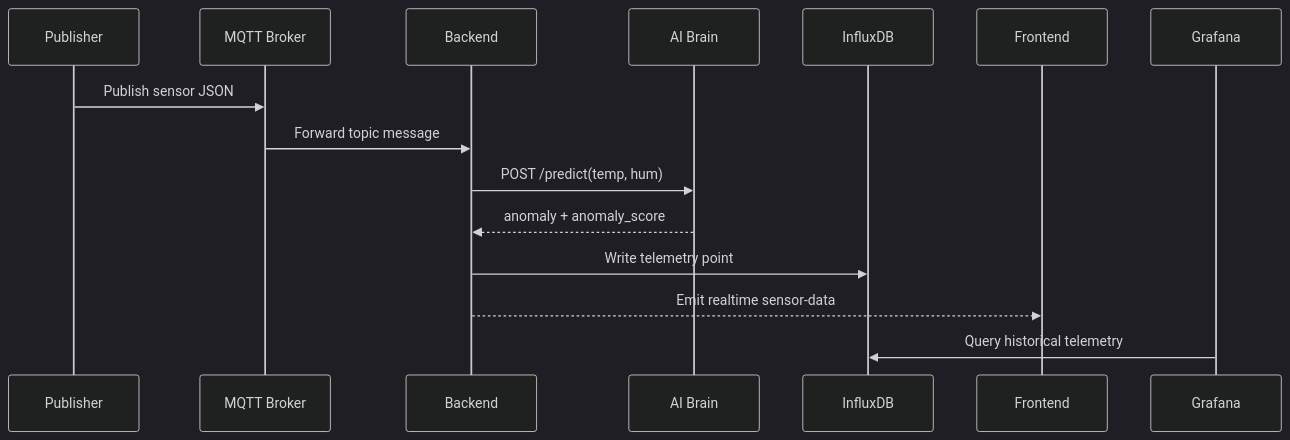
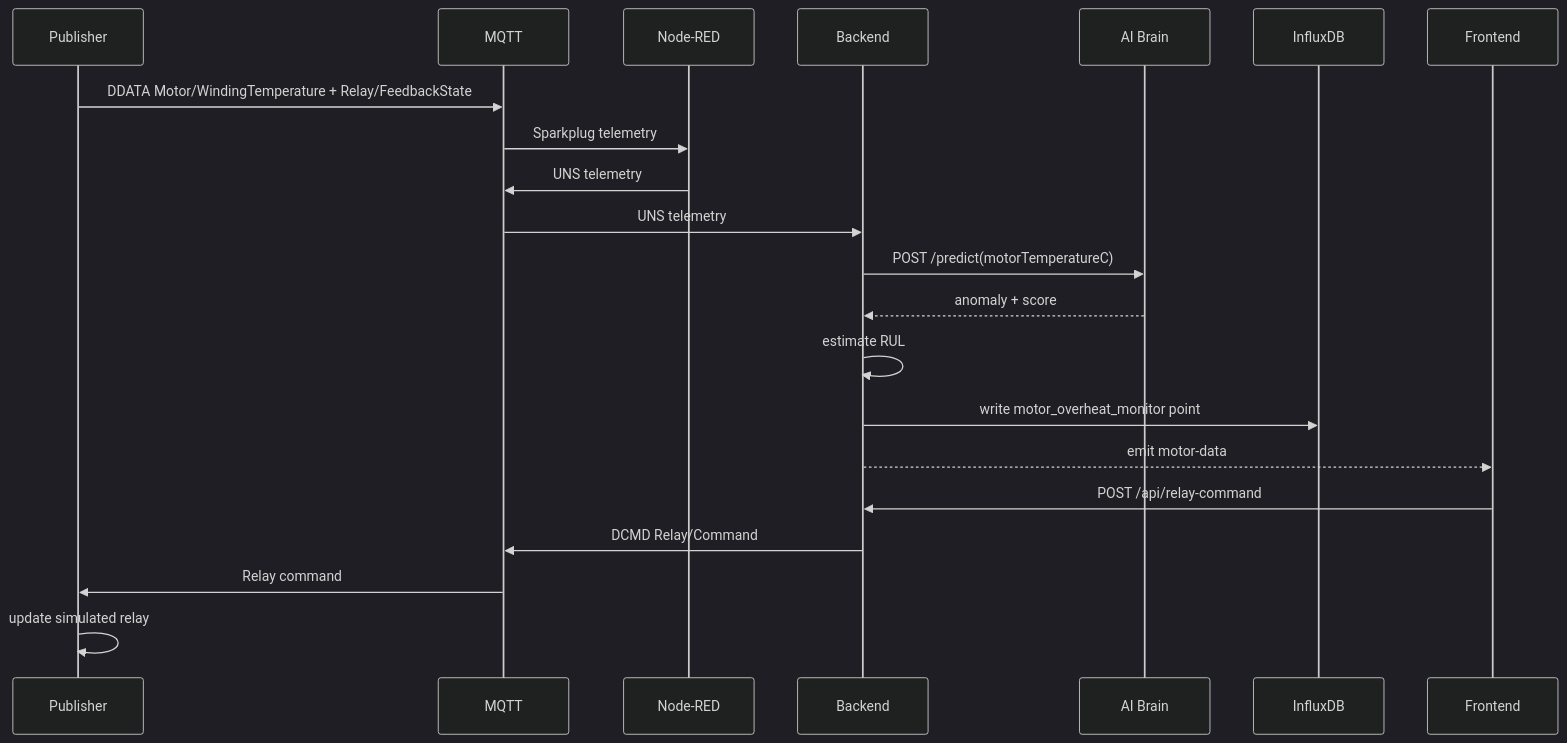
The second of 2 diagrams in docs/ARCHITECTURE.md (cepdnaclk/e20-co326-MQTT-Data-Anomaly-Detection), drawn with Mermaid (dark theme) before and after one commit. The commit also changed other lines of this file and 22 other files, not shown here.

First line of the commit message:
Add initial Node-RED configuration and flow setup

````diff
--- a/docs/ARCHITECTURE.md
+++ b/docs/ARCHITECTURE.md
@@ -55,18 +43,24 @@
 ```mermaid
 sequenceDiagram
     participant P as Publisher
-    participant M as MQTT Broker
+    participant M as MQTT
+    participant N as Node-RED
     participant B as Backend
     participant A as AI Brain
     participant I as InfluxDB
     participant F as Frontend
-    participant G as Grafana
 
-    P->>M: Publish sensor JSON
-    M->>B: Forward topic message
-    B->>A: POST /predict(temp, hum)
-    A-->>B: anomaly + anomaly_score
-    B->>I: Write telemetry point
-    B-->>F: Emit realtime sensor-data
-    G->>I: Query historical telemetry
+    P->>M: DDATA Motor/WindingTemperature + Relay/FeedbackState
+    M->>N: Sparkplug telemetry
+    N->>M: UNS telemetry
+    M->>B: UNS telemetry
+    B->>A: POST /predict(motorTemperatureC)
+    A-->>B: anomaly + score
+    B->>B: estimate RUL
+    B->>I: write motor_overheat_monitor point
+    B-->>F: emit motor-data
+    F->>B: POST /api/relay-command
+    B->>M: DCMD Relay/Command
+    M->>P: Relay command
+    P->>P: update simulated relay
 ```
````
